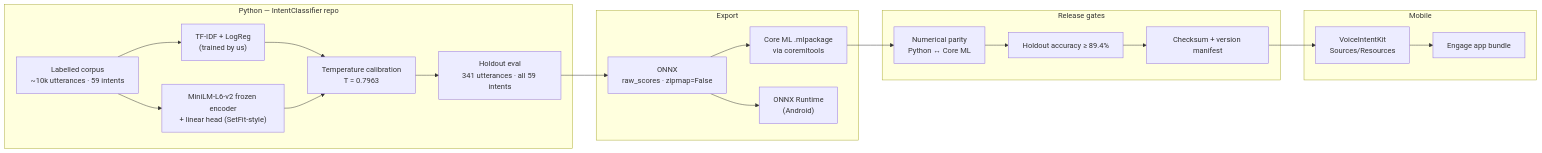
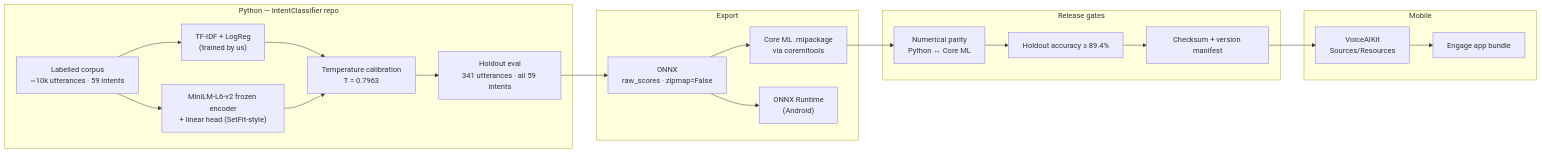
The eighth of 8 diagrams in docs/pva-integration/HLD-voice-understanding.md (akashrwt5/STT), drawn with Mermaid before and after one commit. The commit also changed other lines of this file and 271 other files, not shown here.

First line of the commit message:
refactor!: rename the package VoiceIntentKit -> VoiceAIKit

````diff
--- a/docs/pva-integration/HLD-voice-understanding.md
+++ b/docs/pva-integration/HLD-voice-understanding.md
@@ -349,35 +349,35 @@
 ```mermaid
 flowchart LR
   subgraph Train["Python — IntentClassifier repo"]
     D["Labelled corpus<br/>~10k utterances · 59 intents"]
     T1["TF-IDF + LogReg<br/>(trained by us)"]
     T2["MiniLM-L6-v2 frozen encoder<br/>+ linear head (SetFit-style)"]
     CAL["Temperature calibration<br/>T = 0.7963"]
     HO["Holdout eval<br/>341 utterances · all 59 intents"]
     D --> T1 --> CAL --> HO
     D --> T2 --> CAL
   end
 
   subgraph Export["Export"]
     ON["ONNX<br/>raw_scores · zipmap=False"]
     CM["Core ML .mlpackage<br/>via coremltools"]
     AND["ONNX Runtime<br/>(Android)"]
     ON --> CM
     ON --> AND
   end
 
   subgraph Gate["Release gates"]
     G1["Numerical parity<br/>Python ↔ Core ML"]
     G2["Holdout accuracy ≥ 89.4%"]
     G3["Checksum + version manifest"]
   end
 
   subgraph Ship["Mobile"]
-    PK["VoiceIntentKit<br/>Sources/Resources"]
+    PK["VoiceAIKit<br/>Sources/Resources"]
     APP["Engage app bundle"]
     PK --> APP
   end
 
   HO --> ON
   CM --> G1 --> G2 --> G3 --> PK
 ```
````
